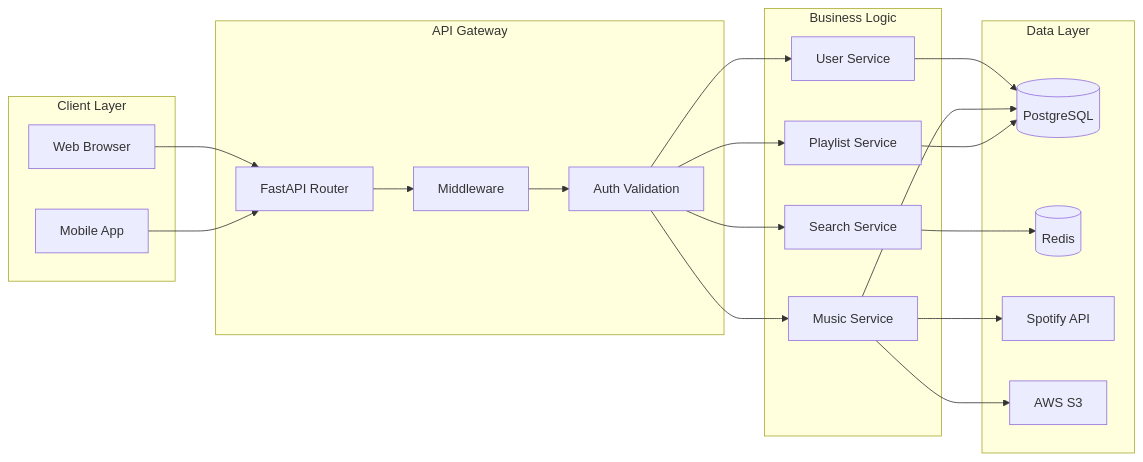
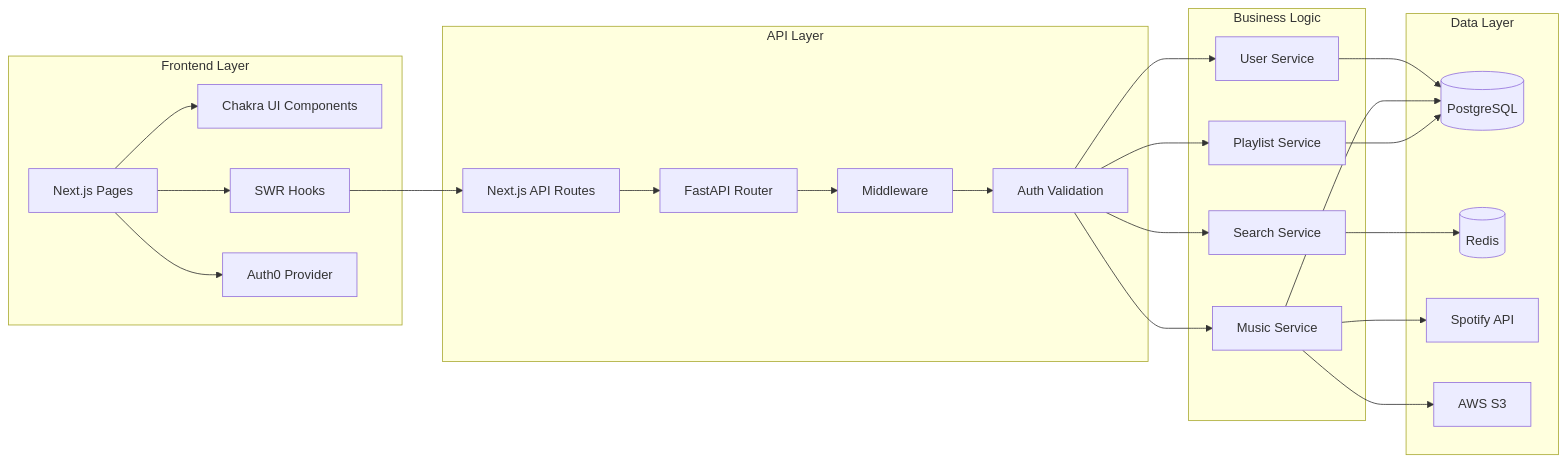
One commit to ars1mm/spotify-project changed the second of 4 diagrams in docs/architecture.md. Above: the diagram before and after it, drawn with Mermaid. The commit also changed other lines of this file and 1 other file, not shown here.

Commit message:
Update README and architecture documentation to reflect frontend framework changes to Next.js and update technology stack

````diff
--- a/docs/architecture.md
+++ b/docs/architecture.md
@@ -40,43 +44,49 @@
 ```mermaid
 graph LR
-    subgraph "Client Layer"
-        A[Web Browser]
-        B[Mobile App]
+    subgraph "Frontend Layer"
+        A[Next.js Pages]
+        B[Chakra UI Components]
+        C[SWR Hooks]
+        D[Auth0 Provider]
     end
     
-    subgraph "API Gateway"
-        C[FastAPI Router]
-        D[Middleware]
-        E[Auth Validation]
+    subgraph "API Layer"
+        E[Next.js API Routes]
+        F[FastAPI Router]
+        G[Middleware]
+        H[Auth Validation]
     end
     
     subgraph "Business Logic"
-        F[User Service]
-        G[Music Service]
-        H[Playlist Service]
-        I[Search Service]
+        I[User Service]
+        J[Music Service]
+        K[Playlist Service]
+        L[Search Service]
     end
     
     subgraph "Data Layer"
-        J[(PostgreSQL)]
-        K[(Redis)]
-        L[Spotify API]
-        M[AWS S3]
+        M[(PostgreSQL)]
+        N[(Redis)]
+        O[Spotify API]
+        P[AWS S3]
     end
     
+    A --> B
     A --> C
-    B --> C
-    C --> D
-    D --> E
+    A --> D
+    C --> E
     E --> F
-    E --> G
-    E --> H
-    E --> I
+    F --> G
+    G --> H
+    H --> I
+    H --> J
+    H --> K
+    H --> L
     
-    F --> J
-    G --> J
-    H --> J
-    I --> K
-    G --> L
-    G --> M
+    I --> M
+    J --> M
+    K --> M
+    L --> N
+    J --> O
+    J --> P
 ```
````
